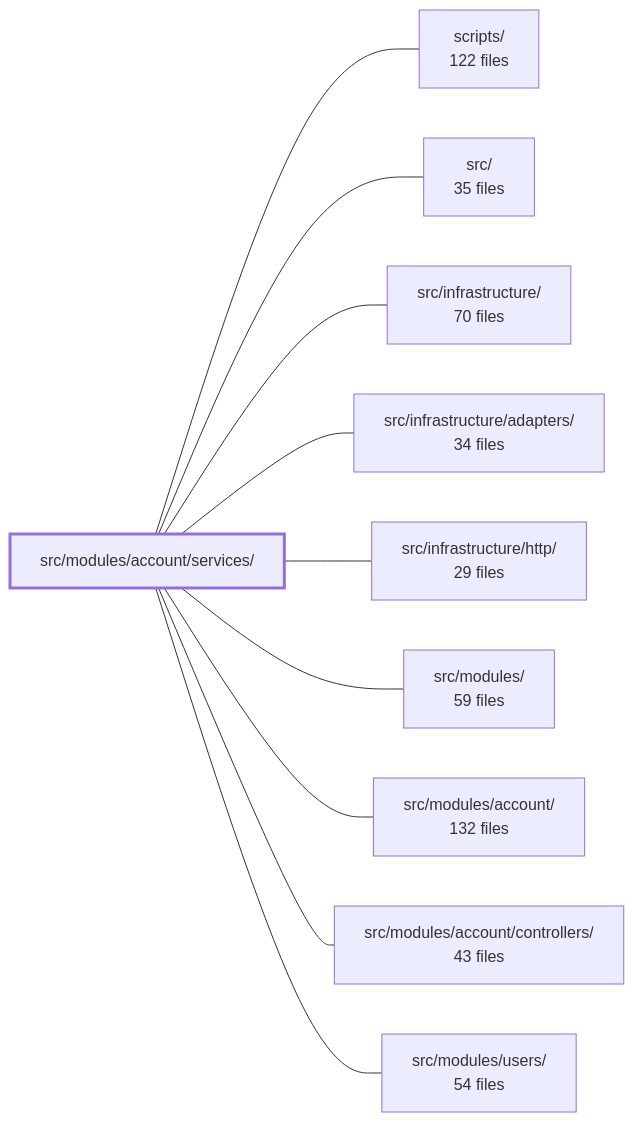
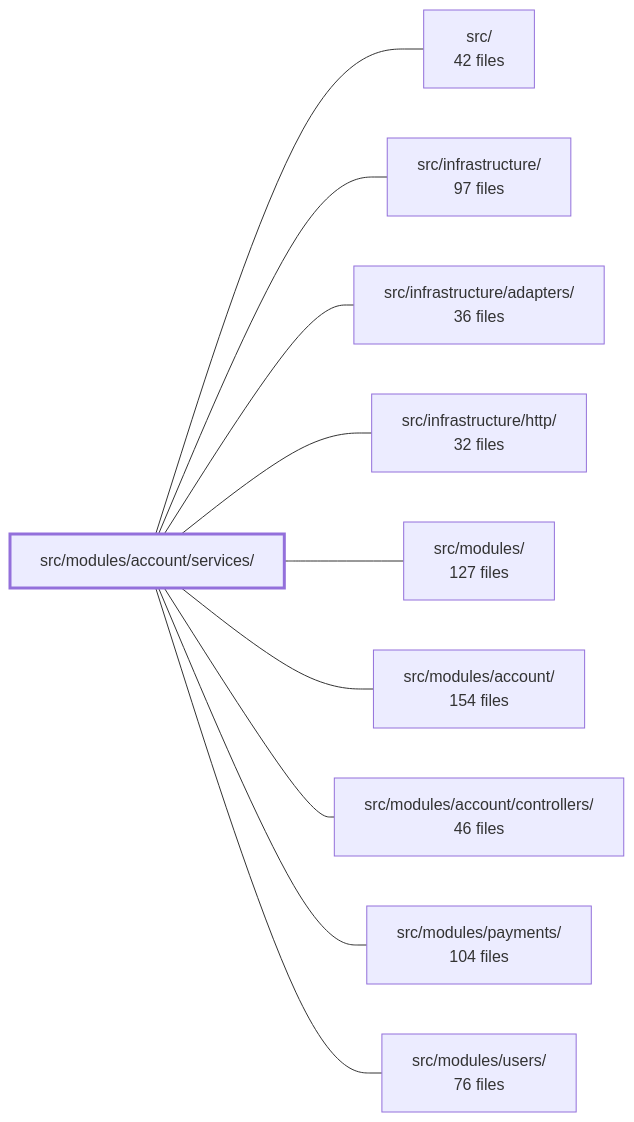
One commit to Guebbit/boilerplate-node-backend changed the diagram in .2brain/modules/boilerplate-node-backend_src_modules_account_services.md. Above: the diagram before and after it, drawn with Mermaid. The commit also changed other lines of this file and 1775 other files, not shown here.

````diff
--- a/.2brain/modules/boilerplate-node-backend_src_modules_account_services.md
+++ b/.2brain/modules/boilerplate-node-backend_src_modules_account_services.md
@@ -41,23 +45,23 @@
 ```mermaid
 flowchart LR
     m_src_modules_account_services["src/modules/account/services/"]
-    m_scripts["scripts/<br/>122 files"]
-    m_src["src/<br/>35 files"]
-    m_src_infrastructure["src/infrastructure/<br/>70 files"]
-    m_src_infrastructure_adapters["src/infrastructure/adapters/<br/>34 files"]
-    m_src_infrastructure_http["src/infrastructure/http/<br/>29 files"]
-    m_src_modules["src/modules/<br/>59 files"]
-    m_src_modules_account["src/modules/account/<br/>132 files"]
-    m_src_modules_account_controllers["src/modules/account/controllers/<br/>43 files"]
-    m_src_modules_users["src/modules/users/<br/>54 files"]
-    m_src_modules_account_services --- m_scripts
+    m_src["src/<br/>42 files"]
+    m_src_infrastructure["src/infrastructure/<br/>97 files"]
+    m_src_infrastructure_adapters["src/infrastructure/adapters/<br/>36 files"]
+    m_src_infrastructure_http["src/infrastructure/http/<br/>32 files"]
+    m_src_modules["src/modules/<br/>127 files"]
+    m_src_modules_account["src/modules/account/<br/>154 files"]
+    m_src_modules_account_controllers["src/modules/account/controllers/<br/>46 files"]
+    m_src_modules_payments["src/modules/payments/<br/>104 files"]
+    m_src_modules_users["src/modules/users/<br/>76 files"]
     m_src_modules_account_services --- m_src
     m_src_modules_account_services --- m_src_infrastructure
     m_src_modules_account_services --- m_src_infrastructure_adapters
     m_src_modules_account_services --- m_src_infrastructure_http
     m_src_modules_account_services --- m_src_modules
     m_src_modules_account_services --- m_src_modules_account
     m_src_modules_account_services --- m_src_modules_account_controllers
+    m_src_modules_account_services --- m_src_modules_payments
     m_src_modules_account_services --- m_src_modules_users
     style m_src_modules_account_services stroke-width:3px
 ```
````
